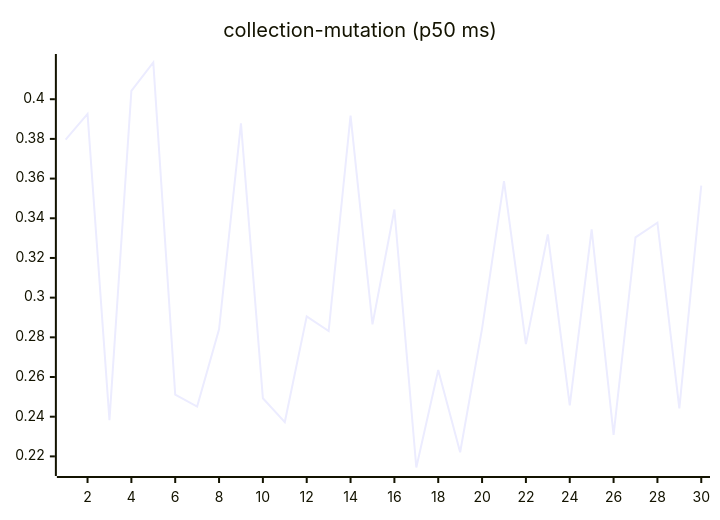
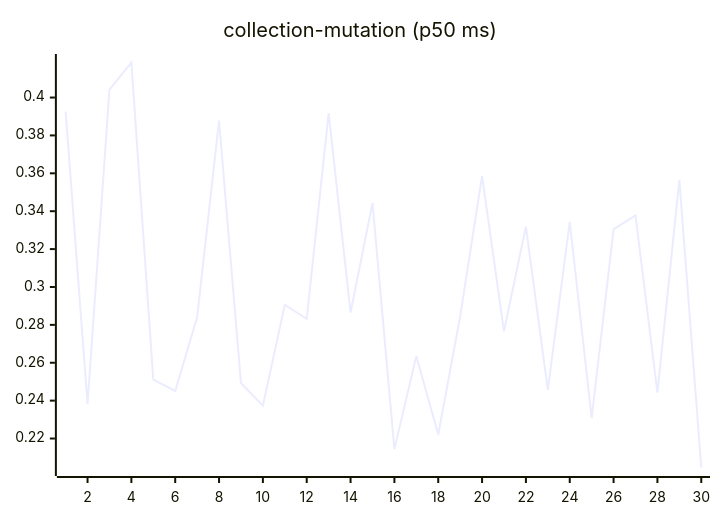
Before and after one commit to josha/Facet: the sixth of 27 diagrams in README.md, drawn with Mermaid. The commit also changed other lines of this file and 2 other files, not shown here.

````diff
--- a/README.md
+++ b/README.md
@@ -98,6 +98,6 @@
 ```mermaid
 xychart-beta
     title "collection-mutation (p50 ms)"
     x-axis 1 --> 30
-    line [0.3796, 0.3926, 0.2382, 0.4042, 0.4185, 0.2511, 0.2451, 0.2840, 0.3878, 0.2493, 0.2373, 0.2906, 0.2832, 0.3918, 0.2865, 0.3444, 0.2144, 0.2635, 0.2221, 0.2844, 0.3587, 0.2766, 0.3319, 0.2457, 0.3344, 0.2308, 0.3304, 0.3378, 0.2442, 0.3565]
+    line [0.3926, 0.2382, 0.4042, 0.4185, 0.2511, 0.2451, 0.2840, 0.3878, 0.2493, 0.2373, 0.2906, 0.2832, 0.3918, 0.2865, 0.3444, 0.2144, 0.2635, 0.2221, 0.2844, 0.3587, 0.2766, 0.3319, 0.2457, 0.3344, 0.2308, 0.3304, 0.3378, 0.2442, 0.3565, 0.2047]
 ```
````
